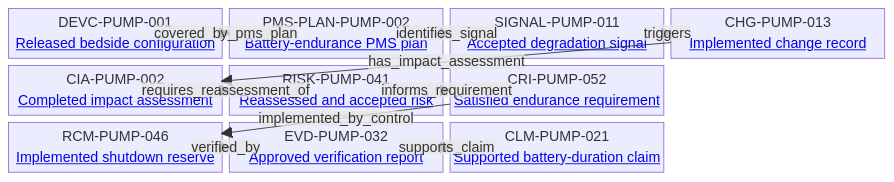
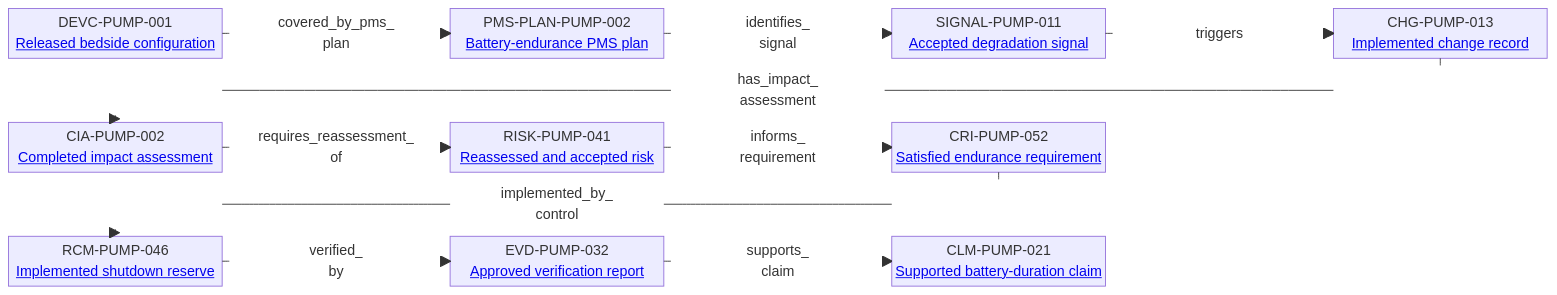
Before and after one commit to mvattulainen/mdrontology: the diagram in content/06-Infpump FlowGuard ontology notes/connections/11-completed-battery-endurance-lifecycle.md, drawn with Mermaid. The commit also changed 2 other files, not shown here.

Commit message:
Route lifecycle diagram with orthogonal segments

````diff
--- a/content/06-Infpump FlowGuard ontology notes/connections/11-completed-battery-endurance-lifecycle.md
+++ b/content/06-Infpump FlowGuard ontology notes/connections/11-completed-battery-endurance-lifecycle.md
@@ -24,25 +24,45 @@
 ```mermaid
+%%{init: {"block": {"useMaxWidth": false}}}%%
 block-beta
-  columns 4
-  N1["DEVC-PUMP-001<br/><a href='../../06-infpump-flowguard-ontology-notes/device-configuration/devc-pump-001-infpump-flowguard-bedside-configuration-10'>Released bedside configuration</a>"]
-  N2["PMS-PLAN-PUMP-002<br/><a href='../../06-infpump-flowguard-ontology-notes/pms-plan/pms-plan-pump-002-bedside-battery-endurance-post-market-surveillance-plan'>Battery-endurance PMS plan</a>"]
-  N3["SIGNAL-PUMP-011<br/><a href='../../06-infpump-flowguard-ontology-notes/signal/signal-pump-011-confirmed-battery-endurance-degradation-trend'>Accepted degradation signal</a>"]
-  N4["CHG-PUMP-013<br/><a href='../../06-infpump-flowguard-ontology-notes/change/chg-pump-013-battery-energy-reserve-threshold-update'>Implemented change record</a>"]
-  N5["CIA-PUMP-002<br/><a href='../../06-infpump-flowguard-ontology-notes/change-impact-assessment/cia-pump-002-battery-endurance-signal-change-impact-assessment'>Completed impact assessment</a>"]
-  N6["RISK-PUMP-041<br/><a href='../../06-infpump-flowguard-ontology-notes/risk/risk-pump-041-therapy-interruption-after-battery-endurance-degradation'>Reassessed and accepted risk</a>"]
-  N7["CRI-PUMP-052<br/><a href='../../06-infpump-flowguard-ontology-notes/compliance-requirement-instance/cri-pump-052-minimum-post-change-battery-endurance'>Satisfied endurance requirement</a>"]
-  space
-  N8["RCM-PUMP-046<br/><a href='../../06-infpump-flowguard-ontology-notes/risk-control-measure/rcm-pump-046-conservative-low-battery-shutdown-reserve'>Implemented shutdown reserve</a>"]
-  N9["EVD-PUMP-032<br/><a href='../../06-infpump-flowguard-ontology-notes/verification-evidence/evd-pump-032-post-change-battery-endurance-verification-report'>Approved verification report</a>"]
-  N10["CLM-PUMP-021<br/><a href='../../06-infpump-flowguard-ontology-notes/clinical-claim/clm-pump-021-maintains-specified-battery-backed-therapy-duration'>Supported battery-duration claim</a>"]
-  space
-  N1 -- "covered_by_pms_plan" --> N2
-  N2 -- "identifies_signal" --> N3
-  N3 -- "triggers" --> N4
-  N4 -- "has_impact_assessment" --> N5
-  N5 -- "requires_reassessment_of" --> N6
-  N6 -- "informs_requirement" --> N7
-  N7 -- "implemented_by_control" --> N8
-  N8 -- "verified_by" --> N9
-  N9 -- "supports_claim" --> N10
+  columns 7
+  N1["DEVC-PUMP-001<br/><a href='../../06-infpump-flowguard-ontology-notes/device-configuration/devc-pump-001-infpump-flowguard-bedside-configuration-10'>Released bedside configuration</a>"] L1["covered_by_pms_<br/>plan"] N2["PMS-PLAN-PUMP-002<br/><a href='../../06-infpump-flowguard-ontology-notes/pms-plan/pms-plan-pump-002-bedside-battery-endurance-post-market-surveillance-plan'>Battery-endurance PMS plan</a>"] L2["identifies_<br/>signal"] N3["SIGNAL-PUMP-011<br/><a href='../../06-infpump-flowguard-ontology-notes/signal/signal-pump-011-confirmed-battery-endurance-degradation-trend'>Accepted degradation signal</a>"] L3["triggers"] N4["CHG-PUMP-013<br/><a href='../../06-infpump-flowguard-ontology-notes/change/chg-pump-013-battery-energy-reserve-threshold-update'>Implemented change record</a>"]
+  P1[" "] space:2 L4["has_impact_<br/>assessment"] space:2 P4[" "]
+  N5["CIA-PUMP-002<br/><a href='../../06-infpump-flowguard-ontology-notes/change-impact-assessment/cia-pump-002-battery-endurance-signal-change-impact-assessment'>Completed impact assessment</a>"] L5["requires_reassessment_<br/>of"] N6["RISK-PUMP-041<br/><a href='../../06-infpump-flowguard-ontology-notes/risk/risk-pump-041-therapy-interruption-after-battery-endurance-degradation'>Reassessed and accepted risk</a>"] L6["informs_<br/>requirement"] N7["CRI-PUMP-052<br/><a href='../../06-infpump-flowguard-ontology-notes/compliance-requirement-instance/cri-pump-052-minimum-post-change-battery-endurance'>Satisfied endurance requirement</a>"] space:2
+  Q1[" "] space L7["implemented_by_<br/>control"] space Q5[" "] space:2
+  N8["RCM-PUMP-046<br/><a href='../../06-infpump-flowguard-ontology-notes/risk-control-measure/rcm-pump-046-conservative-low-battery-shutdown-reserve'>Implemented shutdown reserve</a>"] L8["verified_<br/>by"] N9["EVD-PUMP-032<br/><a href='../../06-infpump-flowguard-ontology-notes/verification-evidence/evd-pump-032-post-change-battery-endurance-verification-report'>Approved verification report</a>"] L9["supports_<br/>claim"] N10["CLM-PUMP-021<br/><a href='../../06-infpump-flowguard-ontology-notes/clinical-claim/clm-pump-021-maintains-specified-battery-backed-therapy-duration'>Supported battery-duration claim</a>"] space:2
+  N1 --- L1
+  L1 --> N2
+  N2 --- L2
+  L2 --> N3
+  N3 --- L3
+  L3 --> N4
+  N4 --- P4
+  P4 --- L4
+  L4 --- P1
+  P1 --> N5
+  N5 --- L5
+  L5 --> N6
+  N6 --- L6
+  L6 --> N7
+  N7 --- Q5
+  Q5 --- L7
+  L7 --- Q1
+  Q1 --> N8
+  N8 --- L8
+  L8 --> N9
+  N9 --- L9
+  L9 --> N10
+  classDef edgeLabel fill:transparent,stroke:transparent
+  classDef route fill:transparent,stroke:transparent,color:transparent
+  class L1,L2,L3,L4,L5,L6,L7,L8,L9 edgeLabel
+  class P1,P4,Q1,Q5 route
+  %% typed-edge N1|covered_by_pms_plan|N2
+  %% typed-edge N2|identifies_signal|N3
+  %% typed-edge N3|triggers|N4
+  %% typed-edge N4|has_impact_assessment|N5
+  %% typed-edge N5|requires_reassessment_of|N6
+  %% typed-edge N6|informs_requirement|N7
+  %% typed-edge N7|implemented_by_control|N8
+  %% typed-edge N8|verified_by|N9
+  %% typed-edge N9|supports_claim|N10
 ```
````
